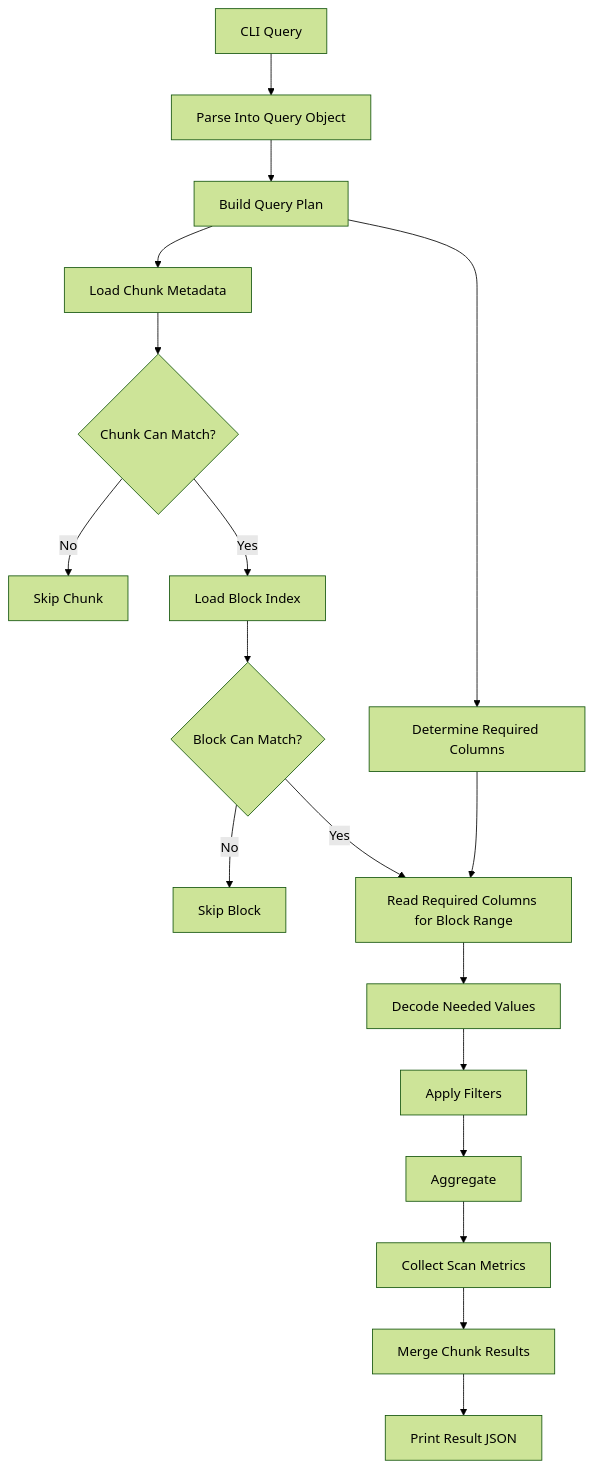
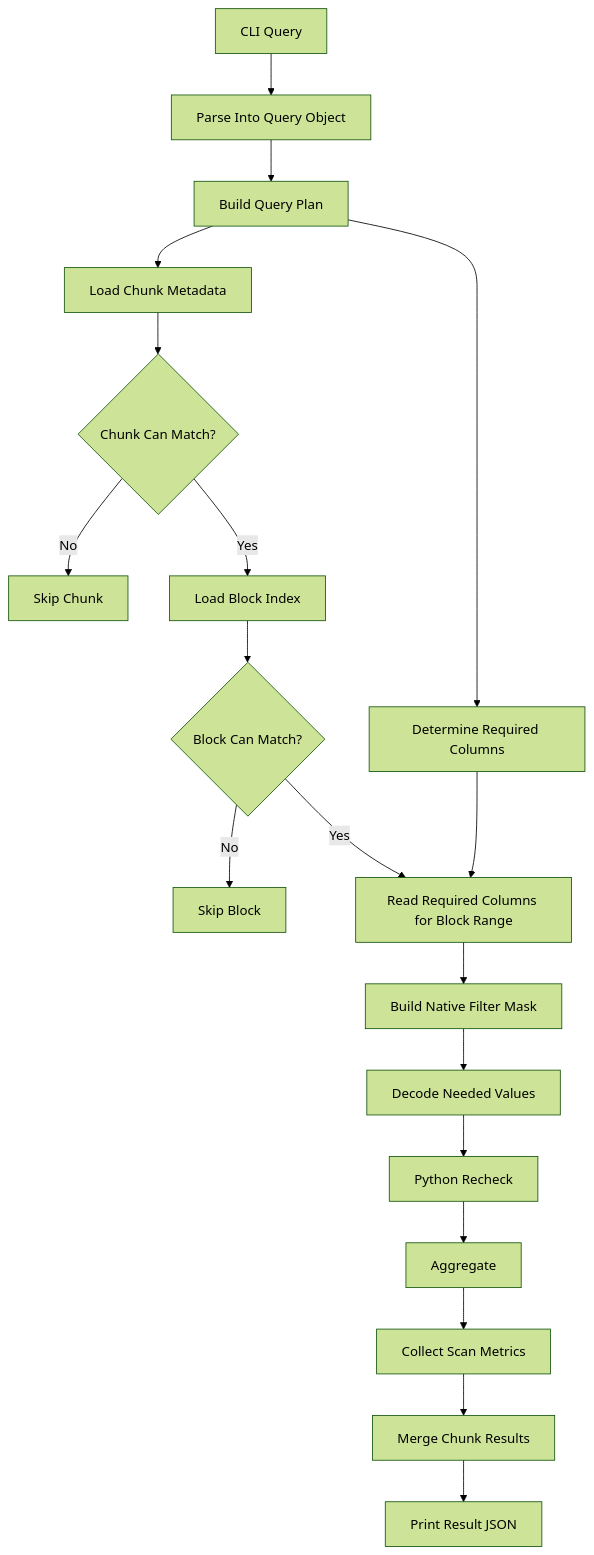
The second of 2 diagrams in docs/architecture.md (pitaleabhishek/tickdb), drawn with Mermaid (forest theme) before and after one commit. The commit also changed other lines of this file and 13 other files, not shown here.

Commit message:
Add native scan kernel for numeric block filters

````diff
--- a/docs/architecture.md
+++ b/docs/architecture.md
@@ -119,20 +120,21 @@
 ```mermaid
 flowchart TD
     A[CLI Query] --> B[Parse Into Query Object]
     B --> C[Build Query Plan]
     C --> D[Determine Required Columns]
     C --> E[Load Chunk Metadata]
     E --> F{Chunk Can Match?}
     F -- No --> G[Skip Chunk]
     F -- Yes --> H[Load Block Index]
     H --> I{Block Can Match?}
     I -- No --> J[Skip Block]
     I -- Yes --> K[Read Required Columns for Block Range]
     D --> K
-    K --> L[Decode Needed Values]
-    L --> M[Apply Filters]
-    M --> N[Aggregate]
-    N --> O[Collect Scan Metrics]
-    O --> P[Merge Chunk Results]
-    P --> Q[Print Result JSON]
+    K --> L[Build Native Filter Mask]
+    L --> M[Decode Needed Values]
+    M --> N[Python Recheck]
+    N --> O[Aggregate]
+    O --> P[Collect Scan Metrics]
+    P --> Q[Merge Chunk Results]
+    Q --> R[Print Result JSON]
 ```
````
